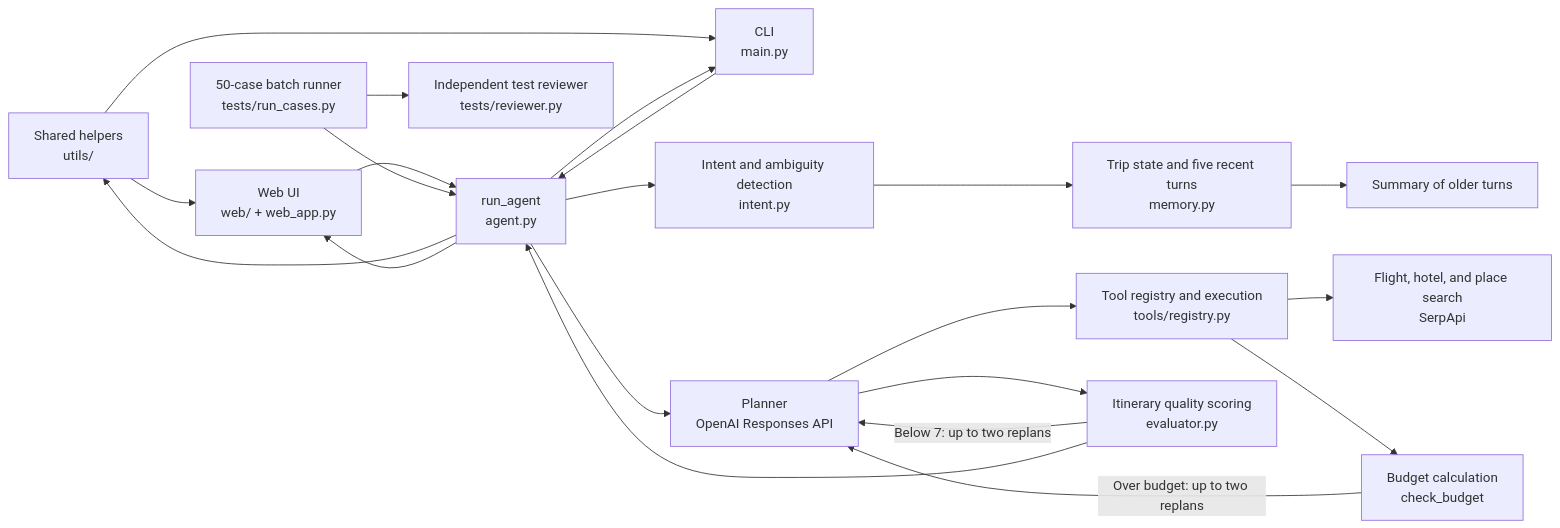
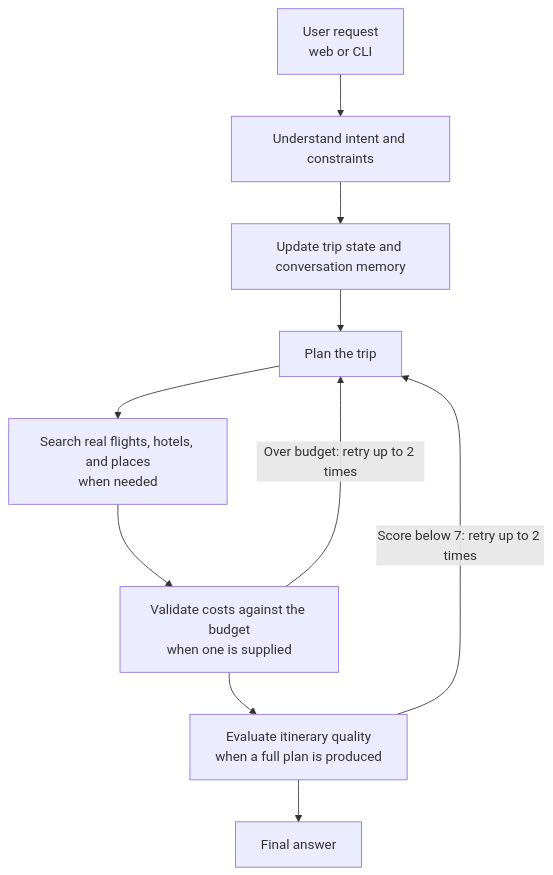
One commit to huangfishburger/TravelMate-AI changed the diagram in README.md. Above: the diagram before and after it, drawn with Mermaid. The commit also changed other lines of this file, not shown here.

Commit message:
Update architecture diagram in README.md for clarity and accuracy

````diff
--- a/README.md
+++ b/README.md
@@ -7,25 +7,12 @@
 ```mermaid
-flowchart LR
-    U[User] --> W[Web UI<br/>web/ + web_app.py]
-    U --> C[CLI<br/>main.py]
-    W --> A[run_agent<br/>agent.py]
-    C --> A
-
-    A --> I[Intent and ambiguity detection<br/>intent.py]
-    I --> M[Trip state and five recent turns<br/>memory.py]
-    M --> S[Summary of older turns]
-    A --> U[Shared helpers<br/>utils/]
-    A --> P[Planner<br/>OpenAI Responses API]
-    P --> T[Tool registry and execution<br/>tools/registry.py]
-    T --> F[Flight, hotel, and place search<br/>SerpApi]
-    T --> B[Budget calculation<br/>check_budget]
-    B -->|Over budget: up to two replans| P
-    P --> E[Itinerary quality scoring<br/>evaluator.py]
-    E -->|Below 7: up to two replans| P
-    E --> A
-    A --> W
-    A --> C
-
-    R[50-case batch runner<br/>tests/run_cases.py] --> A
-    R --> V[Independent test reviewer<br/>tests/reviewer.py]
+flowchart TD
+    U[User request<br/>web or CLI] --> I[Understand intent and constraints]
+    I --> M[Update trip state and conversation memory]
+    M --> P[Plan the trip]
+    P --> S[Search real flights, hotels, and places<br/>when needed]
+    S --> V[Validate costs against the budget<br/>when one is supplied]
+    V --> E[Evaluate itinerary quality<br/>when a full plan is produced]
+    V -->|Over budget: retry up to 2 times| P
+    E -->|Score below 7: retry up to 2 times| P
+    E --> F[Final answer]
 ```
````
